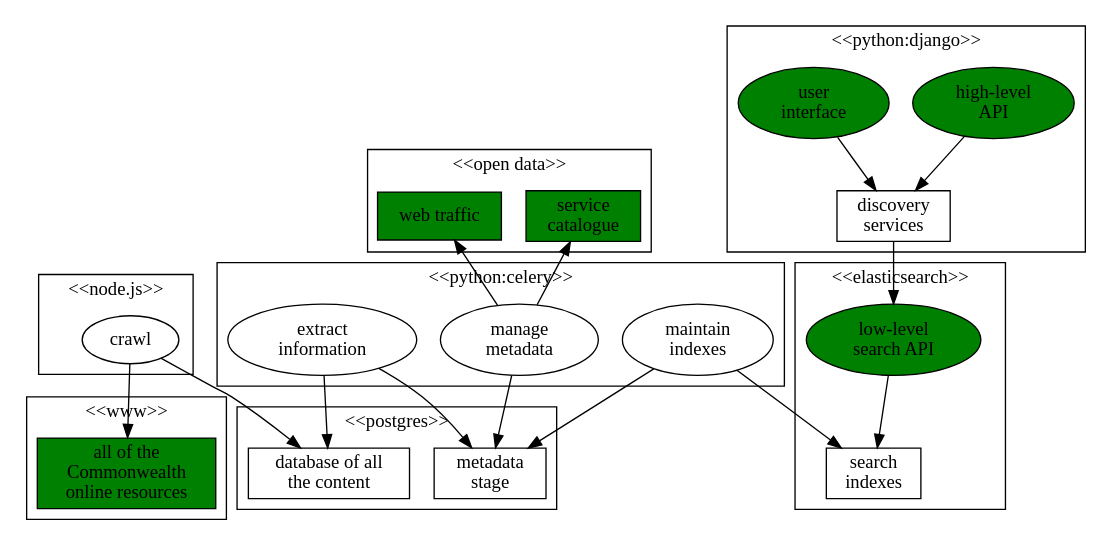
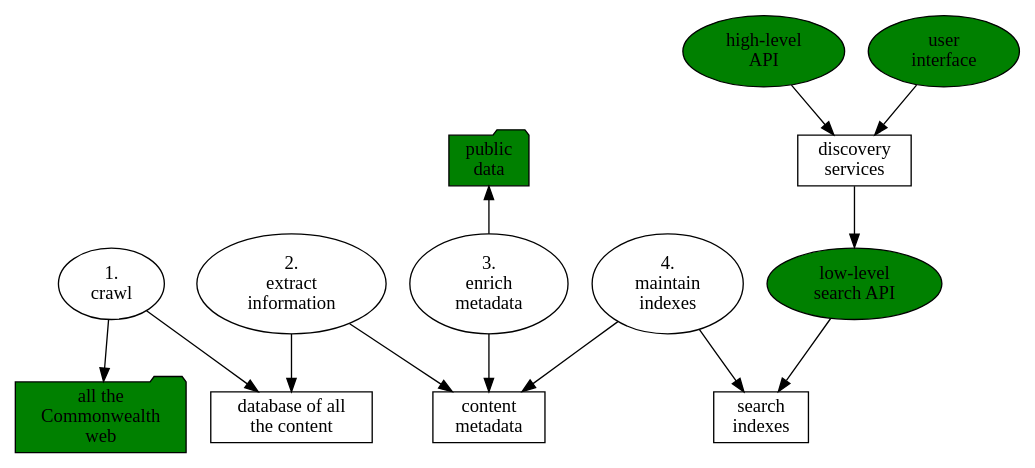
One commit to AusDTO/disco_layer changed the diagram in docs/source/design.rst. Above: the diagram before and after it, drawn with Graphviz. The commit also changed other lines of this file and 5 other files, not shown here.

```diff
--- a/docs/source/design.rst
+++ b/docs/source/design.rst
@@ -4,58 +4,39 @@
 .. graphviz::
 
    digraph d {
       node [shape=rectangle style=filled fillcolor=white];
 
-      subgraph cluster_njs {
-         label="<<node.js>>";
-	 crawl [shape=ellipse];
-      }
-      subgraph cluster_govau {
-      label="<<www>>";
-      pub [label="all of the\nCommonwealth\nonline resources" fillcolor=green];
-      }
+      crawl [label="1.\ncrawl" shape=ellipse];
+      pub [label="all the\nCommonwealth\nweb" fillcolor=green shape=folder];
       crawl -> pub;
 
-      subgraph cluster_pg {
-      label="<<postgres>>";
-	content_db [label="database of all\nthe content"];
-	stage_db [label="metadata\nstage"];
-      }
+      content_db [label="database of all\nthe content"];
+      stage_db [label="content\nmetadata"];
       crawl -> content_db;
 
-      subgraph cluster_od {
-         label="<<open data>>";
-	 srvcat [label="service\ncatalogue" fillcolor=green];
-	 traffic [label="web traffic" fillcolor=green];
-      }
-      subgraph cluster_celery {
-         label="<<python:celery>>";
-         extract [label="extract\ninformation" shape=ellipse];
-         manage [label="manage\nmetadata" shape=ellipse];
-         maintain [label="maintain\nindexes" shape=ellipse];
-      }
-      subgraph cluster_es {
-         label="<<elasticsearch>>";
-         indexes [label="search\nindexes"];
-         raw_api [label="low-level\nsearch API" fillcolor=green shape=ellipse];
-      }
+      od [label="public\ndata" shape=folder fillcolor=green];
+
+      extract [label="2.\nextract\ninformation" shape=ellipse];
+      enrich [label="3.\nenrich\nmetadata" shape=ellipse];
+      maintain [label="4.\nmaintain\nindexes" shape=ellipse];
+      
+      indexes [label="search\nindexes"];
+      raw_api [label="low-level\nsearch API" fillcolor=green shape=ellipse];
+      
       extract -> content_db;
       extract -> stage_db;
-      manage -> stage_db;
-      srvcat -> manage [dir=back];
-      traffic -> manage [dir=back];
+      enrich -> stage_db;
+      od -> enrich [dir=back];
       maintain -> stage_db;
       maintain -> indexes;
       raw_api -> indexes;
 
-      subgraph cluster_disco {
-         label="<<python:django>>"
-	 disco [label="discovery\nservices"];
-	 api [label="high-level\nAPI" shape=ellipse fillcolor=green];
-	 ui [label="user\ninterface" shape=ellipse fillcolor=green];
-      }
+      disco [label="discovery\nservices"];
+      api [label="high-level\nAPI" shape=ellipse fillcolor=green];
+      ui [label="user\ninterface" shape=ellipse fillcolor=green];
+      
       disco -> raw_api;
       api -> disco;
       ui -> disco;
       
    }
```
